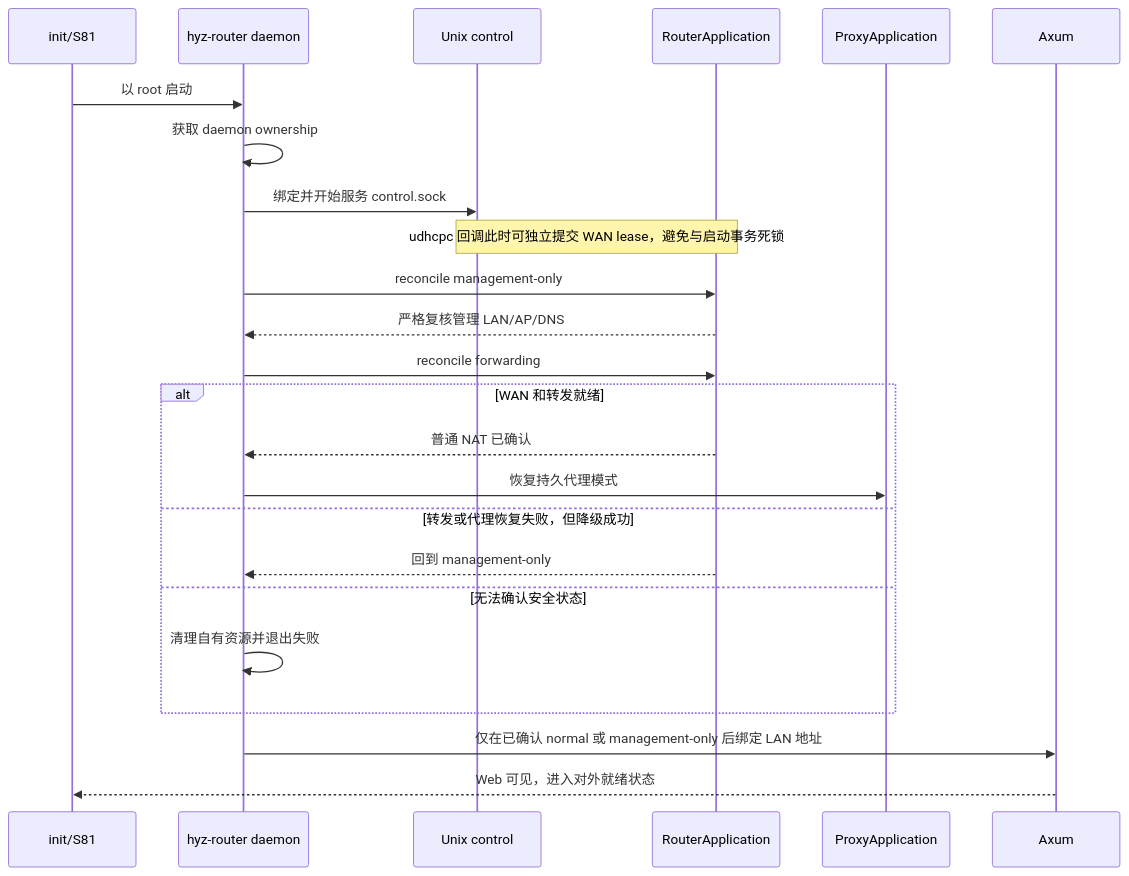
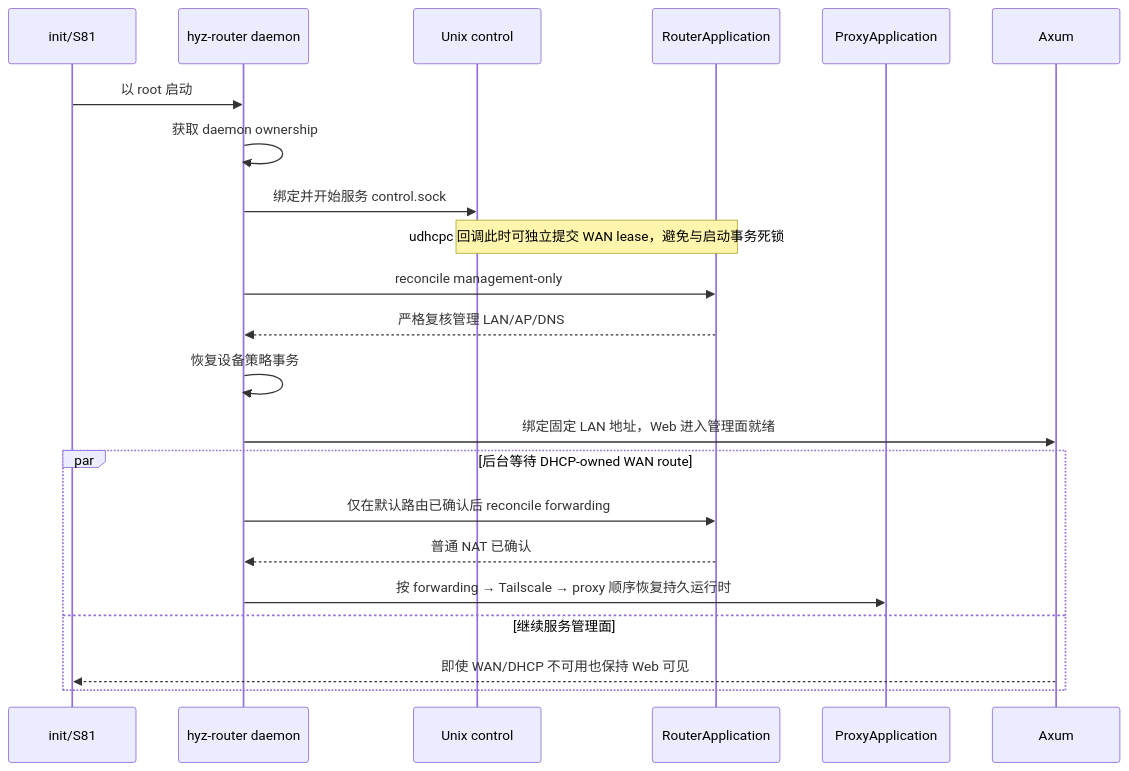
Before and after one commit to hyz-rk3568-sdk/hyz-things: the third of 3 diagrams in docs/router.md, drawn with Mermaid. The commit also changed other lines of this file and 26 other files, not shown here.

````diff
--- a/docs/router.md
+++ b/docs/router.md
@@ -129,27 +129,25 @@
 ```mermaid
 sequenceDiagram
     participant Init as init/S81
     participant Daemon as hyz-router daemon
     participant Control as Unix control
     participant Network as RouterApplication
     participant Proxy as ProxyApplication
     participant HTTP as Axum
 
     Init->>Daemon: 以 root 启动
     Daemon->>Daemon: 获取 daemon ownership
     Daemon->>Control: 绑定并开始服务 control.sock
     Note over Control,Network: udhcpc 回调此时可独立提交 WAN lease，避免与启动事务死锁
     Daemon->>Network: reconcile management-only
     Network-->>Daemon: 严格复核管理 LAN/AP/DNS
-    Daemon->>Network: reconcile forwarding
-    alt WAN 和转发就绪
+    Daemon->>Daemon: 恢复设备策略事务
+    Daemon->>HTTP: 绑定固定 LAN 地址，Web 进入管理面就绪
+    par 后台等待 DHCP-owned WAN route
+        Daemon->>Network: 仅在默认路由已确认后 reconcile forwarding
         Network-->>Daemon: 普通 NAT 已确认
-        Daemon->>Proxy: 恢复持久代理模式
-    else 转发或代理恢复失败，但降级成功
-        Network-->>Daemon: 回到 management-only
-    else 无法确认安全状态
-        Daemon->>Daemon: 清理自有资源并退出失败
+        Daemon->>Proxy: 按 forwarding → Tailscale → proxy 顺序恢复持久运行时
+    and 继续服务管理面
+        HTTP-->>Init: 即使 WAN/DHCP 不可用也保持 Web 可见
     end
-    Daemon->>HTTP: 仅在已确认 normal 或 management-only 后绑定 LAN 地址
-    HTTP-->>Init: Web 可见，进入对外就绪状态
 ```
````
